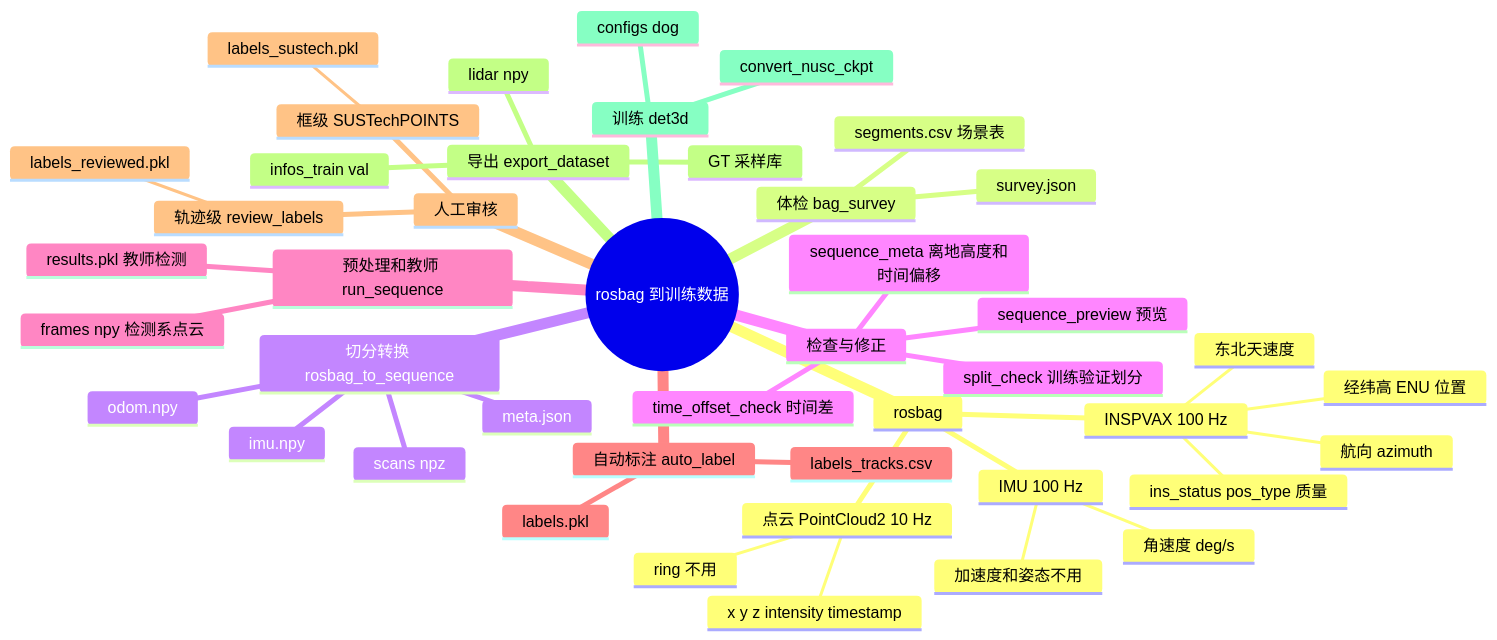
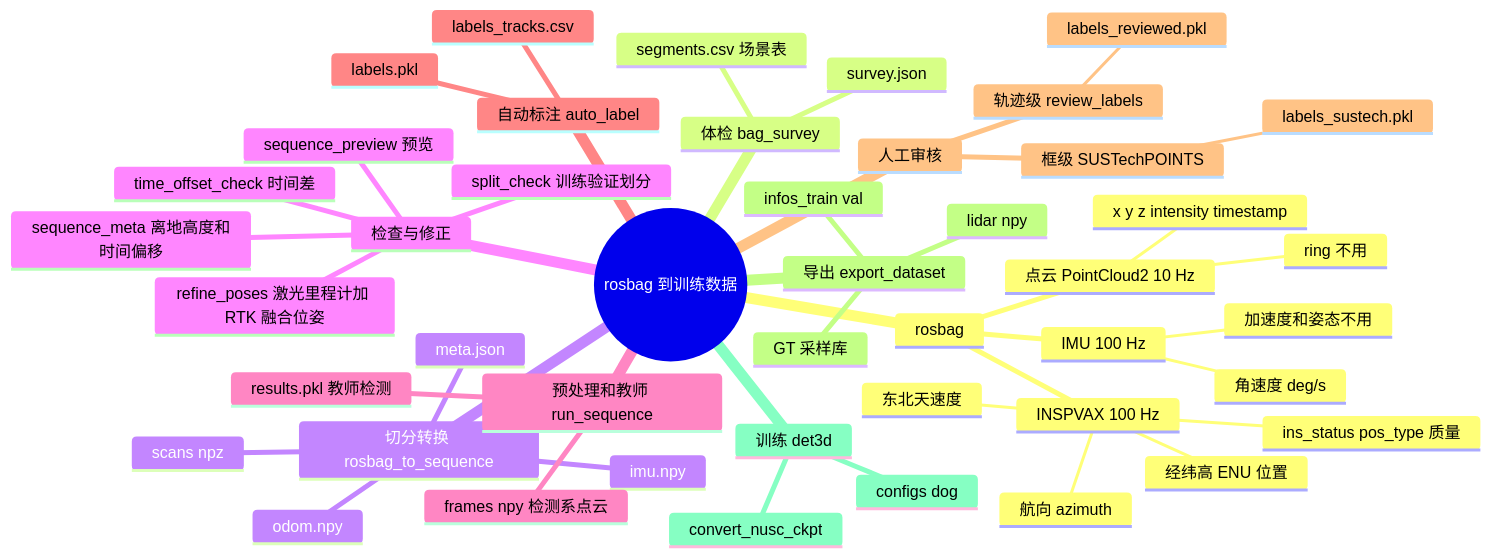
One commit to mjyong/CenterPoint changed the diagram in docs/DATA_LINEAGE.md. Above: the diagram before and after it, drawn with Mermaid. The commit also changed other lines of this file and 8 other files, not shown here.

````diff
--- a/docs/DATA_LINEAGE.md
+++ b/docs/DATA_LINEAGE.md
@@ -49,47 +49,48 @@
 ```mermaid
 mindmap
   root((rosbag 到训练数据))
     rosbag
       点云 PointCloud2 10 Hz
         x y z intensity timestamp
         ring 不用
       IMU 100 Hz
         角速度 deg/s
         加速度和姿态不用
       INSPVAX 100 Hz
         经纬高 ENU 位置
         航向 azimuth
         东北天速度
         ins_status pos_type 质量
     体检 bag_survey
       survey.json
       segments.csv 场景表
     切分转换 rosbag_to_sequence
       meta.json
       scans npz
       imu.npy
       odom.npy
     检查与修正
       sequence_preview 预览
       sequence_meta 离地高度和时间偏移
       time_offset_check 时间差
       split_check 训练验证划分
+      refine_poses 激光里程计加 RTK 融合位姿
     预处理和教师 run_sequence
       frames npy 检测系点云
       results.pkl 教师检测
     自动标注 auto_label
       labels.pkl
       labels_tracks.csv
     人工审核
       轨迹级 review_labels
         labels_reviewed.pkl
       框级 SUSTechPOINTS
         labels_sustech.pkl
     导出 export_dataset
       infos_train val
       lidar npy
       GT 采样库
     训练 det3d
       convert_nusc_ckpt
       configs dog
 ```
````
